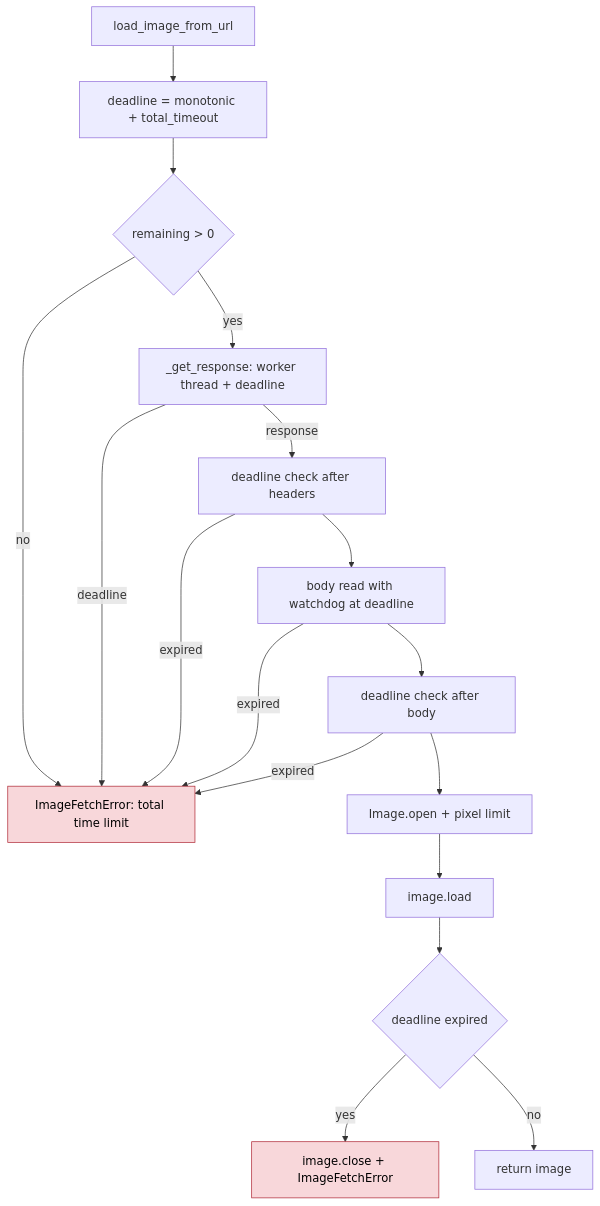
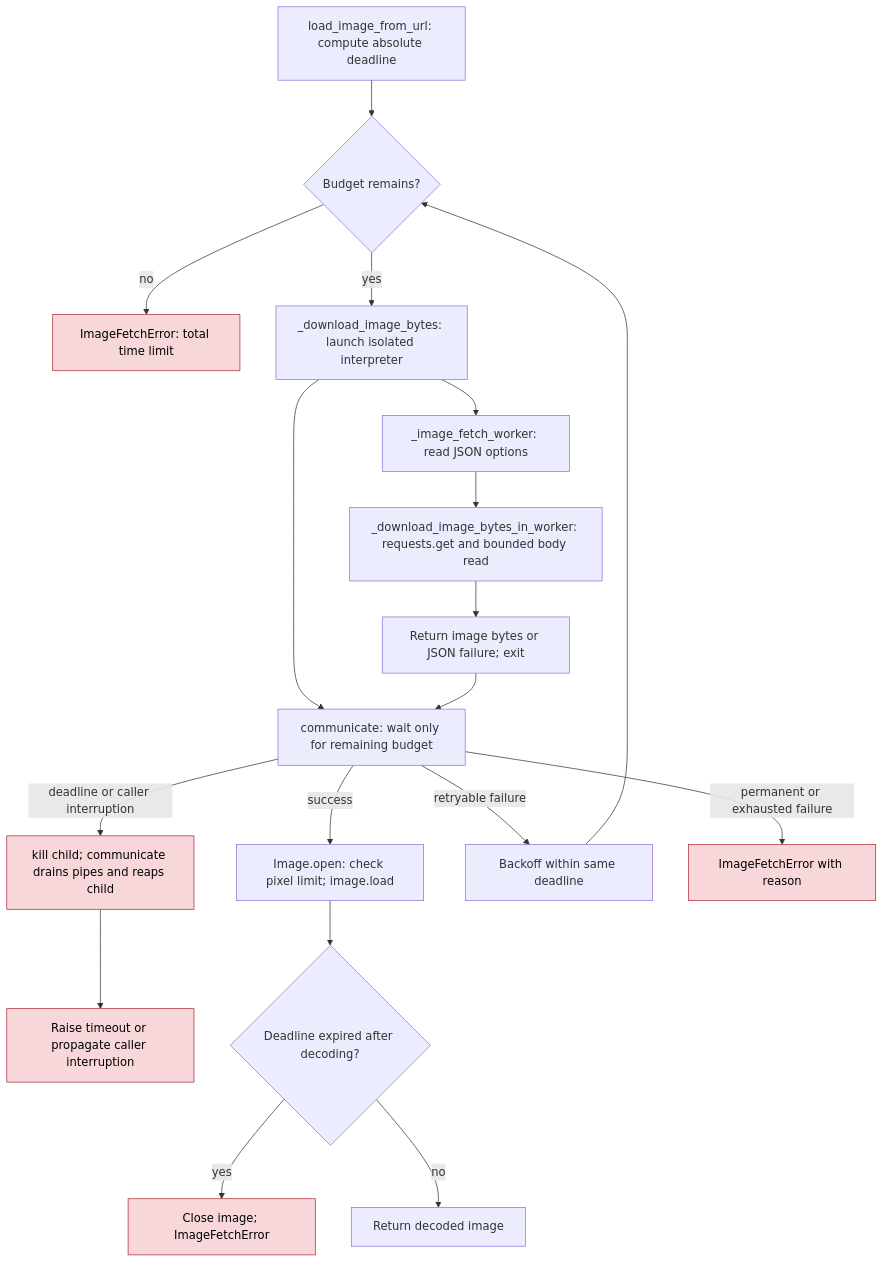
Before and after one commit to ModelCloud/GPTQModel: the diagram in docs/remote-image-fetch-bounds.md, drawn with Mermaid. The commit also changed other lines of this file and 3 other files, not shown here.

Commit message:
fix(calibration): reap timed-out image fetch workers

````diff
--- a/docs/remote-image-fetch-bounds.md
+++ b/docs/remote-image-fetch-bounds.md
@@ -15,22 +20,22 @@
 ```mermaid
 flowchart TD
-    A[load_image_from_url] --> B[deadline = monotonic + total_timeout]
-    B --> C{remaining > 0}
-    C -- no --> Z[ImageFetchError: total time limit]
-    C -- yes --> D[_get_response: worker thread + deadline]
-    D -- deadline --> Z
-    D -- response --> E[deadline check after headers]
-    E -- expired --> Z
-    E --> F[body read with watchdog at deadline]
-    F -- expired --> Z
-    F --> G[deadline check after body]
-    G -- expired --> Z
-    G --> H[Image.open + pixel limit]
-    H --> I[image.load]
-    I --> J{deadline expired}
-    J -- yes --> K[image.close + ImageFetchError]
-    J -- no --> L[return image]
-
+    A["load_image_from_url: compute absolute deadline"] --> B{"Budget remains?"}
+    B -- no --> Z["ImageFetchError: total time limit"]
+    B -- yes --> C["_download_image_bytes: launch isolated interpreter"]
+    C --> D["_image_fetch_worker: read JSON options"]
+    D --> E["_download_image_bytes_in_worker: requests.get and bounded body read"]
+    E --> F["Return image bytes or JSON failure; exit"]
+    C --> G["communicate: wait only for remaining budget"]
+    F --> G
+    G -- deadline or caller interruption --> H["kill child; communicate drains pipes and reaps child"]
+    H --> I["Raise timeout or propagate caller interruption"]
+    G -- success --> J["Image.open: check pixel limit; image.load"]
+    J --> K{"Deadline expired after decoding?"}
+    K -- yes --> L["Close image; ImageFetchError"]
+    K -- no --> M["Return decoded image"]
+    G -- retryable failure --> N["Backoff within same deadline"]
+    N --> B
+    G -- permanent or exhausted failure --> O["ImageFetchError with reason"]
     classDef fail fill:#f8d7da,stroke:#b02a37,color:#000;
-    class Z,K fail;
+    class Z,H,I,L,O fail;
 ```
````
